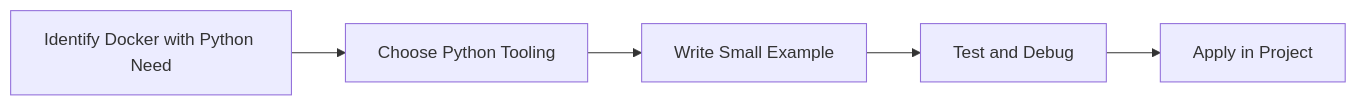
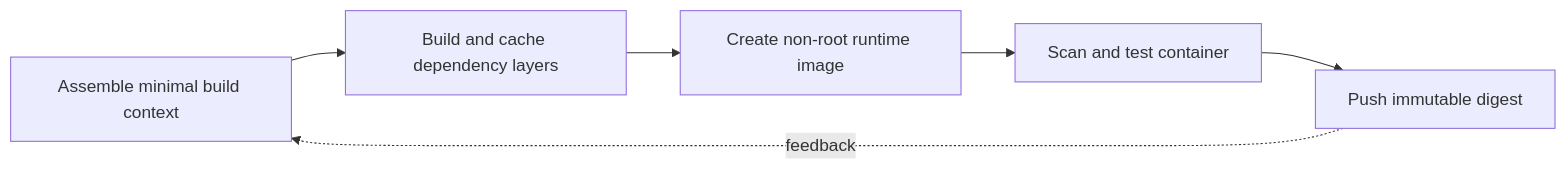
Before and after one commit to SYMOIZ/E-Learning-Portal: the diagram in Python-Mastery/Advanced/31-docker-with-python.md, drawn with Mermaid. The commit also changed other lines of this file and 116 other files, not shown here.

````diff
--- a/Python-Mastery/Advanced/31-docker-with-python.md
+++ b/Python-Mastery/Advanced/31-docker-with-python.md
@@ -129,7 +185,8 @@
 ```mermaid
 flowchart LR
-    A[Identify Docker with Python Need] --> B[Choose Python Tooling]
-    B --> C[Write Small Example]
-    C --> D[Test and Debug]
-    D --> E[Apply in Project]
+    A[Assemble minimal build context] --> B[Build and cache dependency layers]
+    B --> C[Create non-root runtime image]
+    C --> D[Scan and test container]
+    D --> E[Push immutable digest]
+    E -. feedback .-> A
 ```
````
